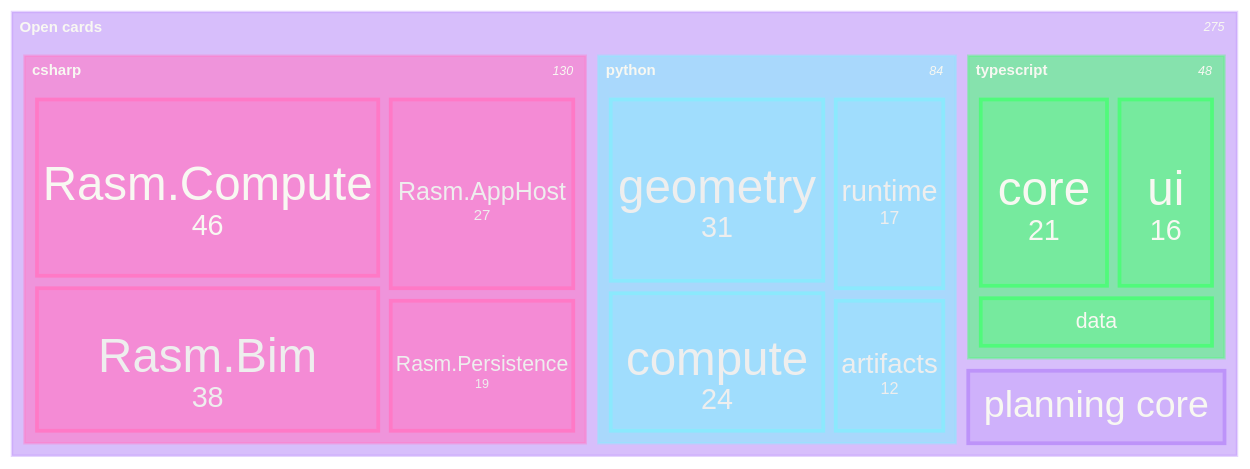
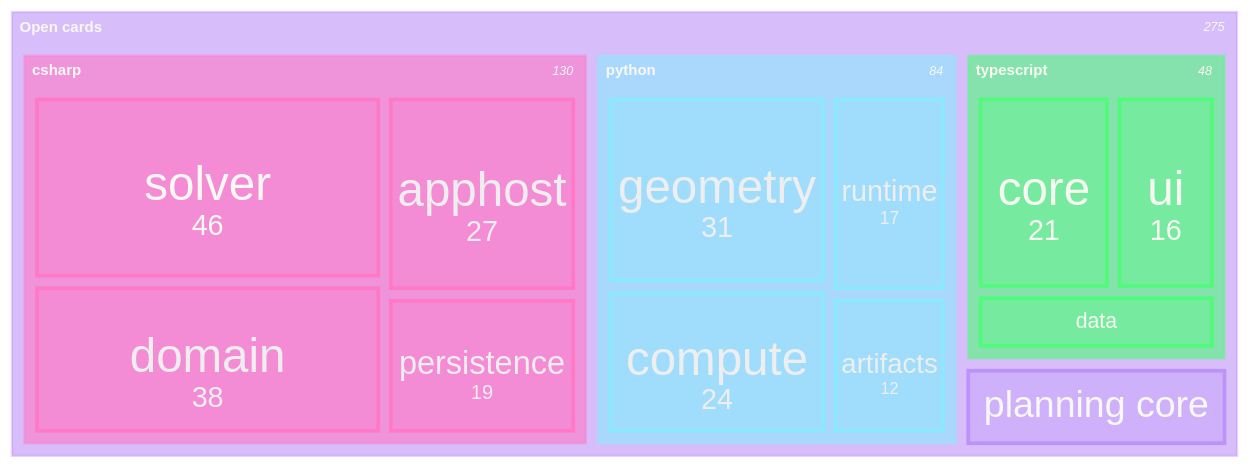
The diagram in .claude/skills/mermaid-diagramming/templates/decomposition.mmd.md (bsamiee/Parametric_Forge), drawn with Mermaid before and after one commit. The commit also changed other lines of this file and 263 other files, not shown here.

````diff
--- a/.claude/skills/mermaid-diagramming/templates/decomposition.mmd.md
+++ b/.claude/skills/mermaid-diagramming/templates/decomposition.mmd.md
@@ -5,52 +5,52 @@
 ```mermaid
 ---
 config:
   theme: base
   look: classic
   treemap:
     showValues: true
     valueFormat: ','
   themeVariables:
     darkMode: true
     fontFamily: "SF Mono, Menlo, Cascadia Mono, Segoe UI Mono, Consolas, monospace"
     useGradient: false
     dropShadow: "none"
     textColor: "#F8F8F2"
     titleColor: "#F8F8F2"
     cScale0: "#BD93F9"
     cScale1: "#FF79C6"
     cScale2: "#8BE9FD"
     cScale3: "#50FA7B"
     cScale4: "#FFB86C"
     cScaleLabel0: "#F8F8F2"
     cScaleLabel1: "#F8F8F2"
     cScaleLabel2: "#F8F8F2"
     cScaleLabel3: "#F8F8F2"
     cScaleLabel4: "#F8F8F2"
     cScalePeer0: "#BD93F9"
     cScalePeer1: "#FF79C6"
     cScalePeer2: "#8BE9FD"
     cScalePeer3: "#50FA7B"
     cScalePeer4: "#FFB86C"
-  themeCSS: ".treemapLeaf{fill-opacity:.45;stroke-width:1.5px}.treemapSection{fill:#21222C!important;fill-opacity:1;stroke-opacity:1;stroke-width:1px}.treemapSectionLabel{font-size:13.5px;font-weight:700}.treemapSectionValue{font-size:12px}.treemapLabel{font-size:13px!important;font-weight:500}.treemapValue{font-size:11px!important}.treemapTitle{font-size:15px;font-weight:600}"
+  themeCSS: ".treemapLeaf{fill-opacity:.45;stroke-width:1.5px}.treemapSection{fill:#21222C!important;fill-opacity:1;stroke-opacity:1;stroke-width:1px}.treemapSectionLabel{font-size:13.5px;font-weight:700}.treemapSectionValue{font-size:12px}.treemapLabel{font-size:13px!important;font-weight:500}.treemapValue{font-size:12px!important}.treemapTitle{font-size:15px;font-weight:600}"
 ---
 treemap-beta
 accTitle: Open planning work decomposition
 accDescr: Open card counts decomposed across the three language branches and the shared planning core, so tile area answers where the remaining work concentrates.
 "Open cards"
     "csharp"
-        "Rasm.Compute": 46
-        "Rasm.Bim": 38
-        "Rasm.AppHost": 27
-        "Rasm.Persistence": 19
+        "solver": 46
+        "domain": 38
+        "apphost": 27
+        "persistence": 19
     "python"
         "geometry": 31
         "compute": 24
         "runtime": 17
         "artifacts": 12
     "typescript"
         "core": 21
         "ui": 16
         "data": 11
     "planning core": 13
 ```
````
